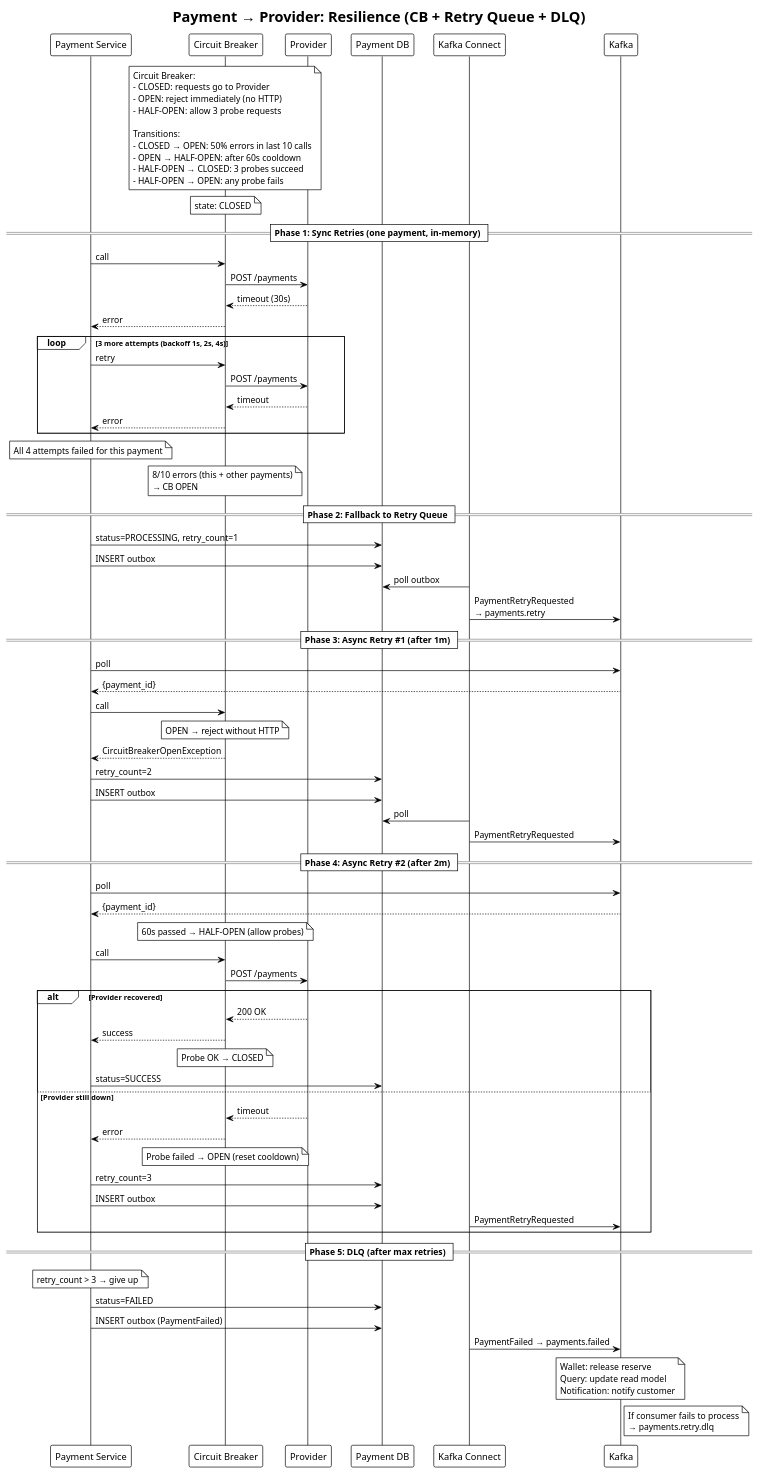
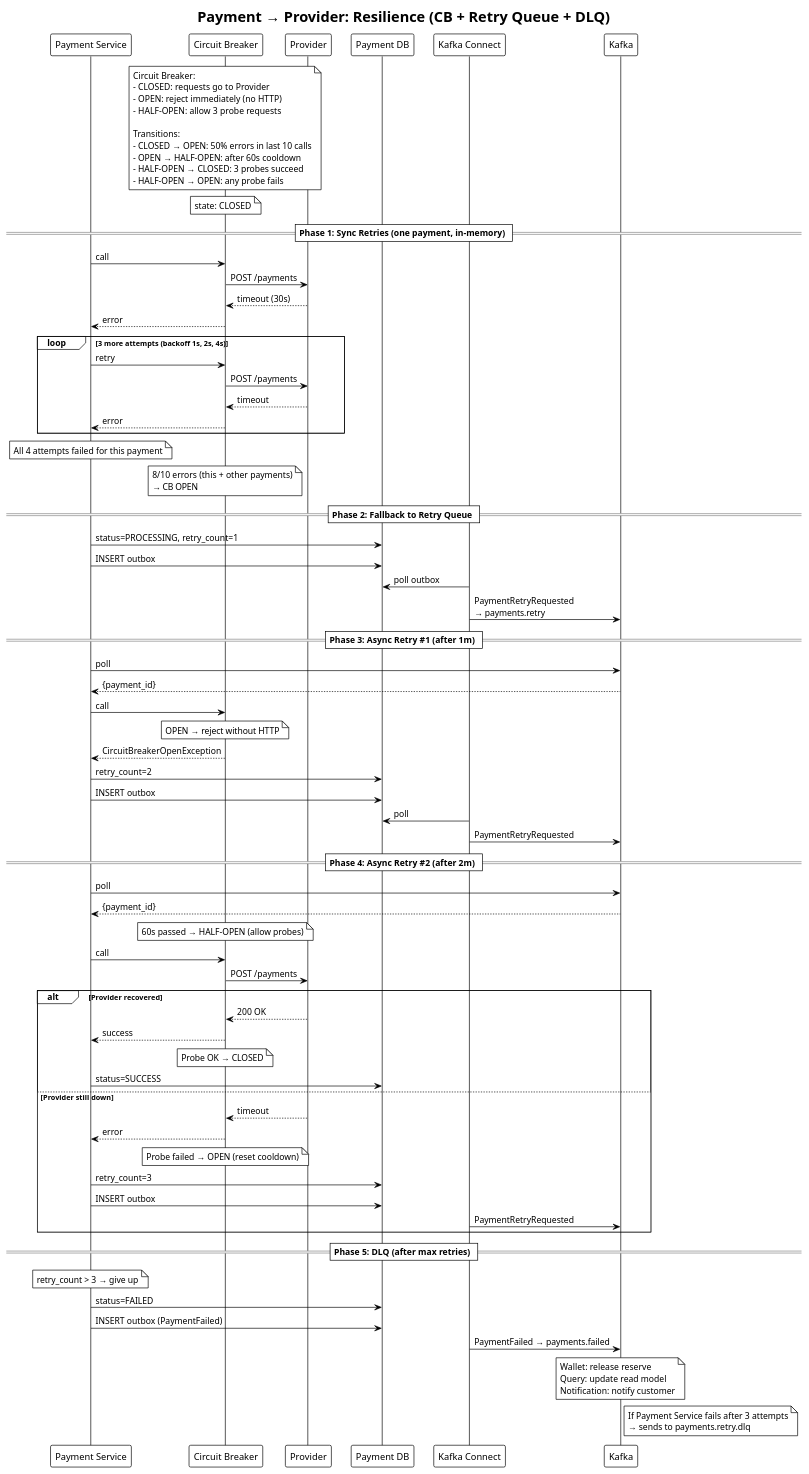
The diagram in diagrams/seq/seq-resilience.puml (krsvyat/system-design), drawn with PlantUML before and after one commit. The commit also changed 9 other files, not shown here.

```diff
--- a/diagrams/seq/seq-resilience.puml
+++ b/diagrams/seq/seq-resilience.puml
@@ -1,112 +1,112 @@
 @startuml seq-resilience
 !theme plain
 
 title Payment → Provider: Resilience (CB + Retry Queue + DLQ)
 
 participant "Payment Service" as Payment
 participant "Circuit Breaker" as CB
 participant "Provider" as Provider
 participant "Payment DB" as DB
 participant "Kafka Connect" as KC
 participant "Kafka" as Kafka
 
 note over CB
   Circuit Breaker:
   - CLOSED: requests go to Provider
   - OPEN: reject immediately (no HTTP)
   - HALF-OPEN: allow 3 probe requests
 
   Transitions:
   - CLOSED → OPEN: 50% errors in last 10 calls
   - OPEN → HALF-OPEN: after 60s cooldown
   - HALF-OPEN → CLOSED: 3 probes succeed
   - HALF-OPEN → OPEN: any probe fails
 end note
 
 note over CB: state: CLOSED
 
 == Phase 1: Sync Retries (one payment, in-memory) ==
 
 Payment -> CB: call
 CB -> Provider: POST /payments
 Provider --> CB: timeout (30s)
 CB --> Payment: error
 
 loop 3 more attempts (backoff 1s, 2s, 4s)
     Payment -> CB: retry
     CB -> Provider: POST /payments
     Provider --> CB: timeout
     CB --> Payment: error
 end
 
 note over Payment: All 4 attempts failed for this payment
 
 note over CB
   8/10 errors (this + other payments)
   → CB OPEN
 end note
 
 == Phase 2: Fallback to Retry Queue ==
 
 Payment -> DB: status=PROCESSING, retry_count=1
 Payment -> DB: INSERT outbox
 
 KC -> DB: poll outbox
 KC -> Kafka: PaymentRetryRequested\n→ payments.retry
 
 == Phase 3: Async Retry #1 (after 1m) ==
 
 Payment -> Kafka: poll
 Kafka --> Payment: {payment_id}
 
 Payment -> CB: call
 note over CB: OPEN → reject without HTTP
 CB --> Payment: CircuitBreakerOpenException
 
 Payment -> DB: retry_count=2
 Payment -> DB: INSERT outbox
 KC -> DB: poll
 KC -> Kafka: PaymentRetryRequested
 
 == Phase 4: Async Retry #2 (after 2m) ==
 
 Payment -> Kafka: poll
 Kafka --> Payment: {payment_id}
 
 note over CB: 60s passed → HALF-OPEN (allow probes)
 
 Payment -> CB: call
 CB -> Provider: POST /payments
 
 alt Provider recovered
     Provider --> CB: 200 OK
     CB --> Payment: success
     note over CB: Probe OK → CLOSED
     Payment -> DB: status=SUCCESS
 
 else Provider still down
     Provider --> CB: timeout
     CB --> Payment: error
     note over CB: Probe failed → OPEN (reset cooldown)
     Payment -> DB: retry_count=3
     Payment -> DB: INSERT outbox
     KC -> Kafka: PaymentRetryRequested
 end
 
 == Phase 5: DLQ (after max retries) ==
 
 note over Payment: retry_count > 3 → give up
 
 Payment -> DB: status=FAILED
 Payment -> DB: INSERT outbox (PaymentFailed)
 KC -> Kafka: PaymentFailed → payments.failed
 
 note over Kafka
   Wallet: release reserve
   Query: update read model
   Notification: notify customer
 end note
 
-note right of Kafka: If consumer fails to process\n→ payments.retry.dlq
+note right of Kafka: If Payment Service fails after 3 attempts\n→ sends to payments.retry.dlq
 
 @enduml
```
